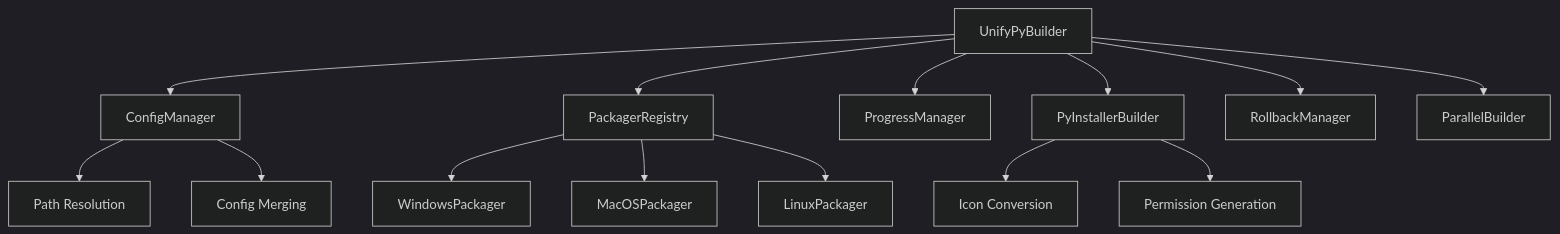
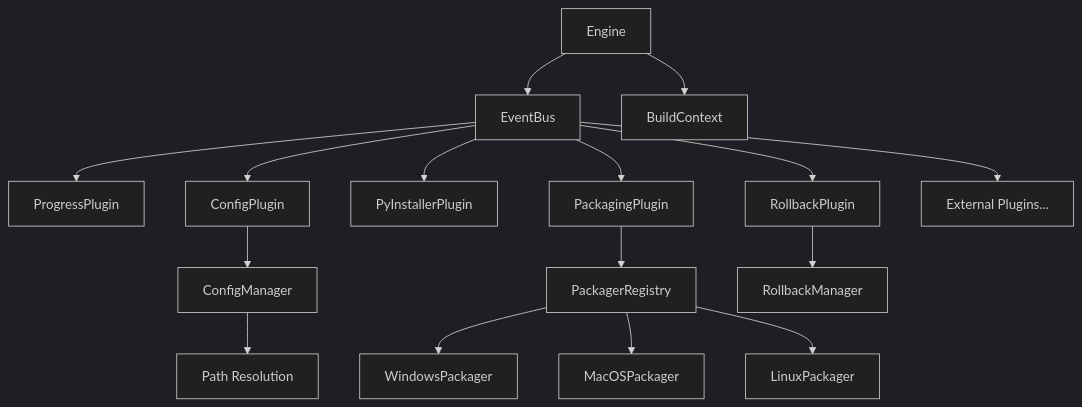
The diagram in README_EN.md (huangjunsen0406/UnifyPy), drawn with Mermaid (dark theme) before and after one commit. The commit also changed other lines of this file and 6 other files, not shown here.

````diff
--- a/README_EN.md
+++ b/README_EN.md
@@ -425,20 +450,22 @@
 ```mermaid
 graph TD
-    A[UnifyPyBuilder] --> B[ConfigManager]
-    A --> C[PackagerRegistry]
-    A --> D[ProgressManager]
-    
-    B --> E[Path Resolution]
-    B --> F[Config Merging]
-    
-    C --> G[WindowsPackager]
-    C --> H[MacOSPackager] 
-    C --> I[LinuxPackager]
-    
-    A --> J[PyInstallerBuilder]
-    J --> K[Icon Conversion]
-    J --> L[Permission Generation]
-    
-    A --> M[RollbackManager]
-    A --> N[ParallelBuilder]
+    A[Engine] --> B[EventBus]
+    A --> C[BuildContext]
+
+    B --> D[ProgressPlugin]
+    B --> E[ConfigPlugin]
+    B --> F[PyInstallerPlugin]
+    B --> G[PackagingPlugin]
+    B --> H[RollbackPlugin]
+    B --> I[External Plugins...]
+
+    E --> J[ConfigManager]
+    J --> K[Path Resolution]
+
+    G --> L[PackagerRegistry]
+    L --> M[WindowsPackager]
+    L --> N[MacOSPackager]
+    L --> O[LinuxPackager]
+
+    H --> P[RollbackManager]
 ```
````
